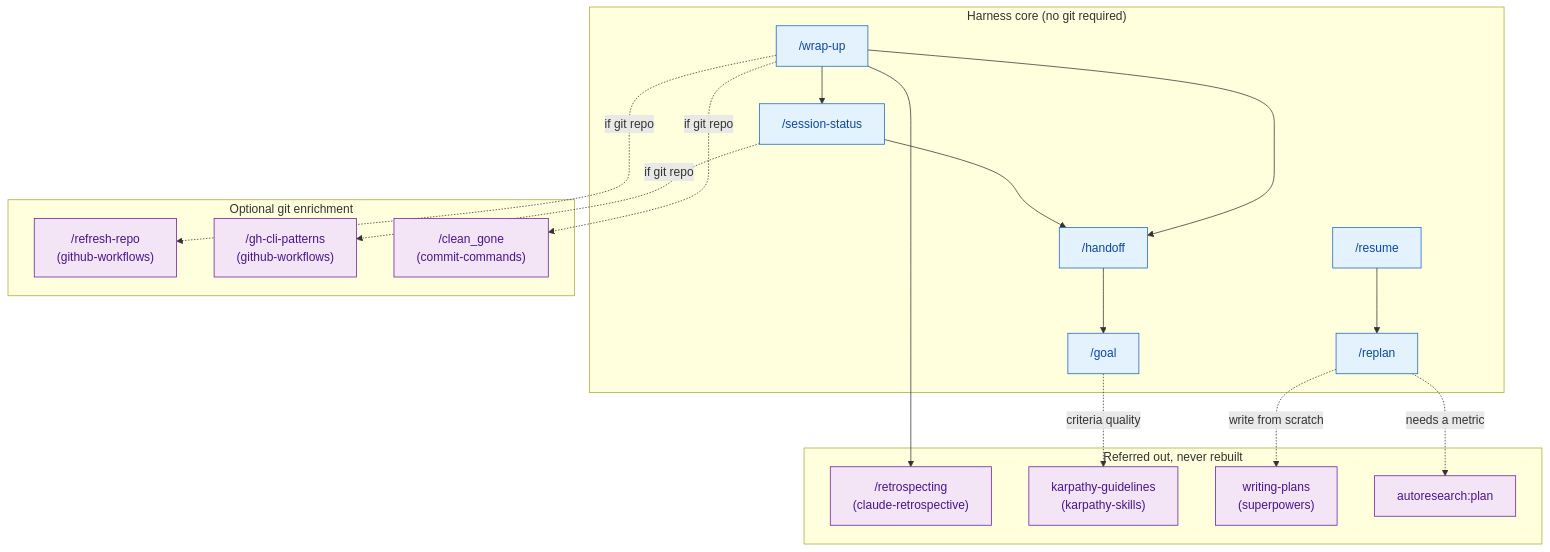
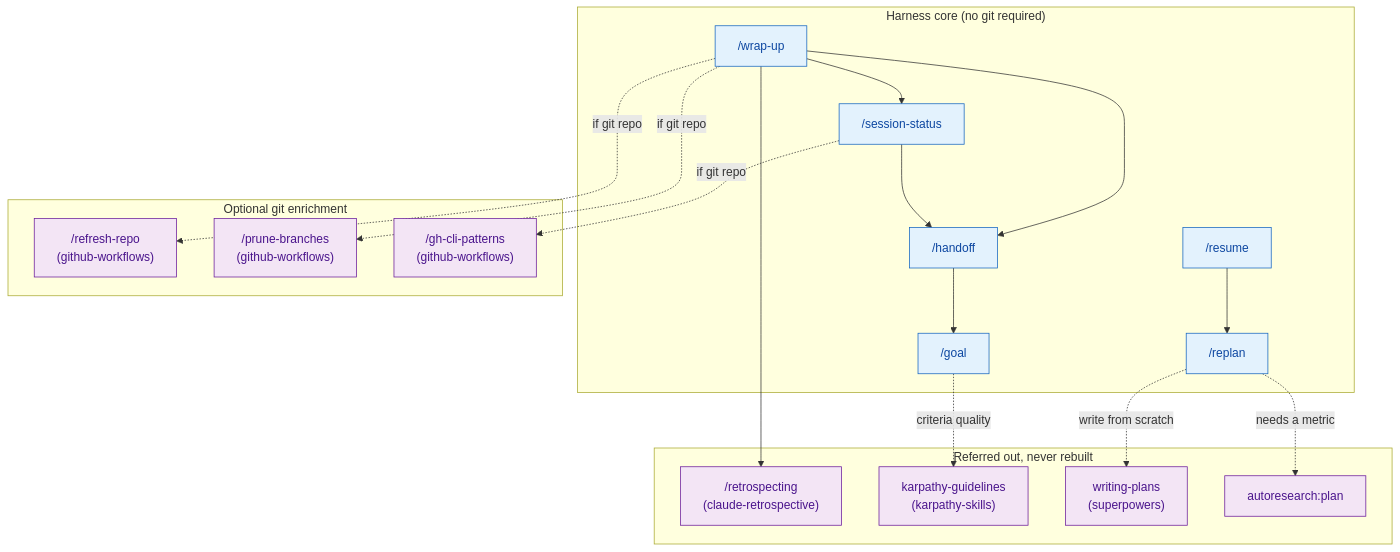
Before and after one commit to dryvist/claude-code-plugins: the first of 2 diagrams in ai-cli-harness-better-practices/ARCHITECTURE.md, drawn with Mermaid. The commit also changed 16 other files, not shown here.

First line of the commit message:
refactor(refresh-repo): split branch/worktree cleanup into prune-branches

````diff
--- a/ai-cli-harness-better-practices/ARCHITECTURE.md
+++ b/ai-cli-harness-better-practices/ARCHITECTURE.md
@@ -8,45 +8,45 @@
 ```mermaid
 flowchart TD
     classDef ai fill:#e3f2fd,stroke:#1565c0,color:#0d47a1
     classDef external fill:#f3e5f5,stroke:#6a1b9a,color:#4a148c
 
     subgraph core["Harness core (no git required)"]
         goal["/goal"]
         status["/session-status"]
         handoff["/handoff"]
         resume["/resume"]
         replan["/replan"]
         wrapup["/wrap-up"]
     end
 
     subgraph optional["Optional git enrichment"]
         refresh["/refresh-repo\n(github-workflows)"]:::external
+        prune["/prune-branches\n(github-workflows)"]:::external
         ghcli["/gh-cli-patterns\n(github-workflows)"]:::external
-        cleangone["/clean_gone\n(commit-commands)"]:::external
     end
 
     subgraph referred["Referred out, never rebuilt"]
         retro["/retrospecting\n(claude-retrospective)"]:::external
         karpathy["karpathy-guidelines\n(karpathy-skills)"]:::external
         plans["writing-plans\n(superpowers)"]:::external
         arplan["autoresearch:plan"]:::external
     end
 
     wrapup --> status
     wrapup --> handoff
     wrapup --> retro
     wrapup -.->|"if git repo"| refresh
-    wrapup -.->|"if git repo"| cleangone
+    wrapup -.->|"if git repo"| prune
 
     status --> handoff
     status -.->|"if git repo"| ghcli
 
     handoff --> goal
     goal -.->|"criteria quality"| karpathy
 
     resume --> replan
     replan -.->|"write from scratch"| plans
     replan -.->|"needs a metric"| arplan
 
     class goal,status,handoff,resume,replan,wrapup ai
 ```
````
